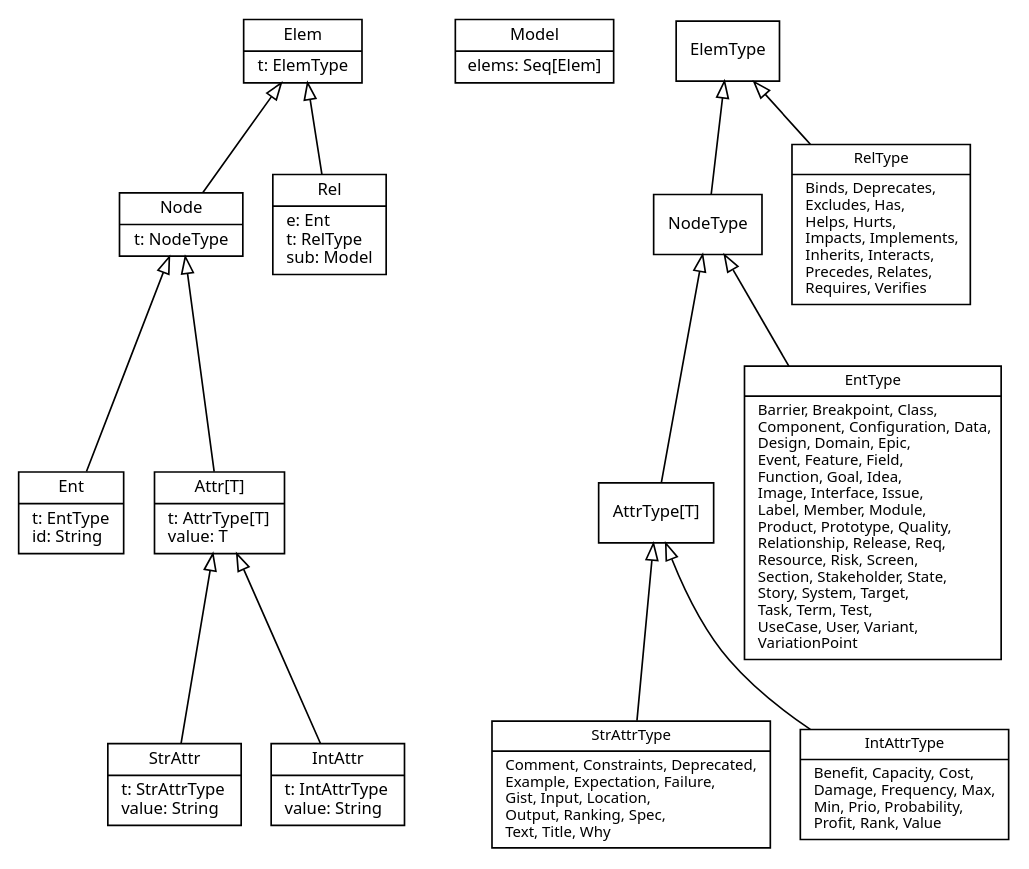
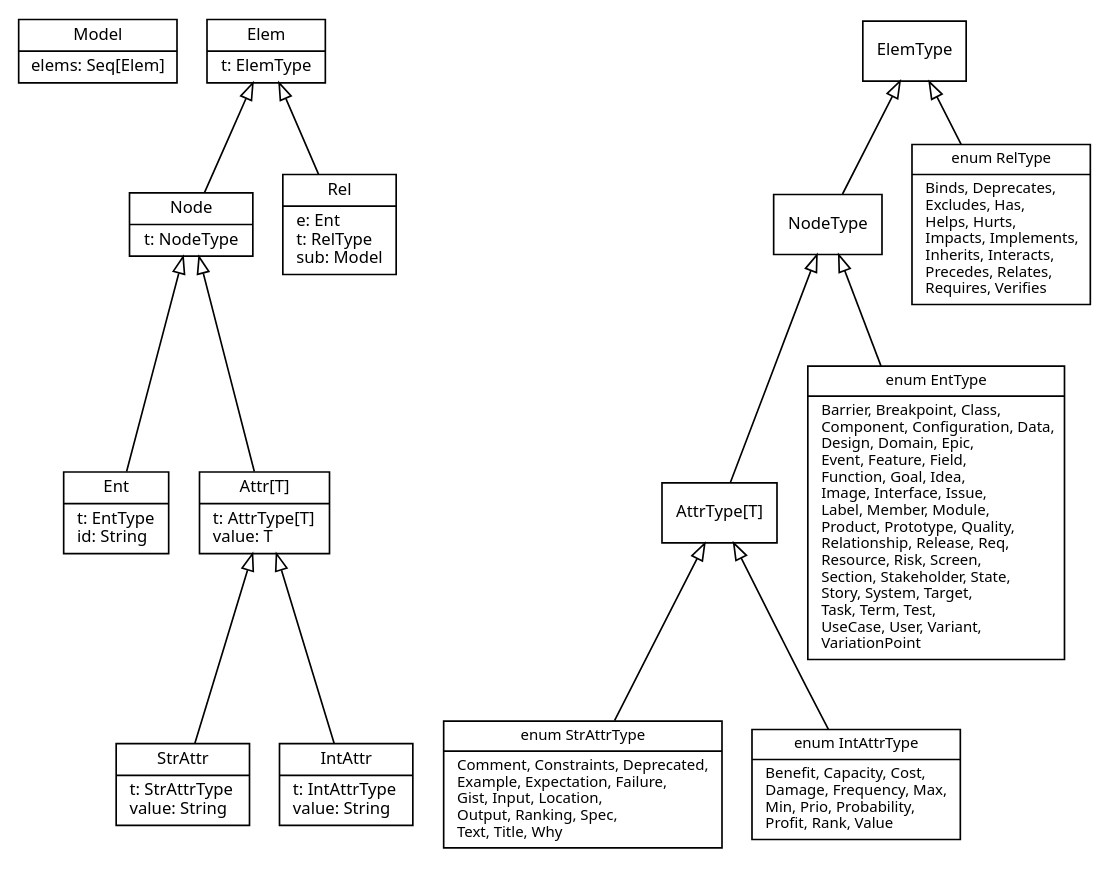
One commit to reqT/reqT-lang changed the diagram in metamodel-graph-GENERATED.dot. Above: the diagram before and after it, drawn with Graphviz. The commit also changed 3 other files, not shown here.

Commit message:
refactor metamodel conditional graph

```diff
--- a/metamodel-graph-GENERATED.dot
+++ b/metamodel-graph-GENERATED.dot
@@ -1,52 +1,52 @@
 digraph Metamodel {
   fontname = "Sans"
   fontsize = 10
   rankdir =  "BT"
   ordering = "out"
   nojustify = true
 
   node [
     fontname = "Sans"
     fontsize = 10
     shape = "record"
   ]
 
   edge [
     arrowhead = "empty"
   ]
 
-    { rank = same; Elem; Model; ElemType; }
+    { rank = same; Model; Elem; ElemType; }
     { rank = same; Node_; Rel; }
     { rank = same; Ent; Attr; AttrType; }
 
 
     Model [ label = "{Model|elems: Seq[Elem]}" fontsize = 10]
     Elem [ label = "{Elem|t: ElemType}" fontsize = 10]
     Node_ [ label = "{Node|t: NodeType}" fontsize = 10]
     Rel [ label = "{Rel|e: Ent\lt: RelType\lsub: Model\l}" fontsize = 10]
     Ent [ label = "{Ent|t: EntType\lid: String\l}" fontsize = 10]
     Attr [ label = "{Attr[T]|t: AttrType[T]\lvalue: T\l}" fontsize = 10]
     StrAttr [ label = "{StrAttr|t: StrAttrType\lvalue: String\l}" fontsize = 10]
     IntAttr [ label = "{IntAttr|t: IntAttrType\lvalue: String\l}" fontsize = 10]
     NodeType [ label = "{NodeType}" fontsize = 10]
     AttrType [ label = "{AttrType[T]}" fontsize = 10]
-    RelType [ label = "{RelType|Binds, Deprecates,\lExcludes, Has,\lHelps, Hurts,\lImpacts, Implements,\lInherits, Interacts,\lPrecedes, Relates,\lRequires, Verifies\l}" fontsize = 9]
-    EntType [ label = "{EntType|Barrier, Breakpoint, Class,\lComponent, Configuration, Data,\lDesign, Domain, Epic,\lEvent, Feature, Field,\lFunction, Goal, Idea,\lImage, Interface, Issue,\lLabel, Member, Module,\lProduct, Prototype, Quality,\lRelationship, Release, Req,\lResource, Risk, Screen,\lSection, Stakeholder, State,\lStory, System, Target,\lTask, Term, Test,\lUseCase, User, Variant,\lVariationPoint\l}" fontsize = 9]
-    StrAttrType [ label = "{StrAttrType|Comment, Constraints, Deprecated,\lExample, Expectation, Failure,\lGist, Input, Location,\lOutput, Ranking, Spec,\lText, Title, Why\l}" fontsize = 9]
-    IntAttrType [ label = "{IntAttrType|Benefit, Capacity, Cost,\lDamage, Frequency, Max,\lMin, Prio, Probability,\lProfit, Rank, Value\l}" fontsize = 9]
+    RelType [ label = "{enum RelType|Binds, Deprecates,\lExcludes, Has,\lHelps, Hurts,\lImpacts, Implements,\lInherits, Interacts,\lPrecedes, Relates,\lRequires, Verifies\l}" fontsize = 9]
+    EntType [ label = "{enum EntType|Barrier, Breakpoint, Class,\lComponent, Configuration, Data,\lDesign, Domain, Epic,\lEvent, Feature, Field,\lFunction, Goal, Idea,\lImage, Interface, Issue,\lLabel, Member, Module,\lProduct, Prototype, Quality,\lRelationship, Release, Req,\lResource, Risk, Screen,\lSection, Stakeholder, State,\lStory, System, Target,\lTask, Term, Test,\lUseCase, User, Variant,\lVariationPoint\l}" fontsize = 9]
+    StrAttrType [ label = "{enum StrAttrType|Comment, Constraints, Deprecated,\lExample, Expectation, Failure,\lGist, Input, Location,\lOutput, Ranking, Spec,\lText, Title, Why\l}" fontsize = 9]
+    IntAttrType [ label = "{enum IntAttrType|Benefit, Capacity, Cost,\lDamage, Frequency, Max,\lMin, Prio, Probability,\lProfit, Rank, Value\l}" fontsize = 9]
 
 
     Node_ -> Elem
     Rel -> Elem
     Ent -> Node_
     Attr -> Node_
     StrAttr -> Attr
     IntAttr -> Attr
     NodeType -> ElemType
     RelType -> ElemType
     EntType -> NodeType
     AttrType -> NodeType
     StrAttrType -> AttrType
     IntAttrType -> AttrType
 
 }
```
